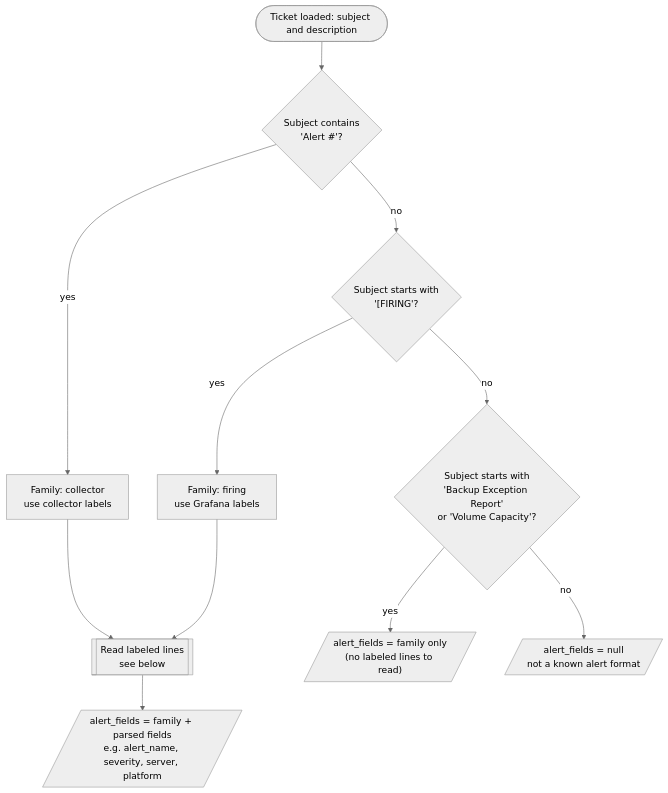
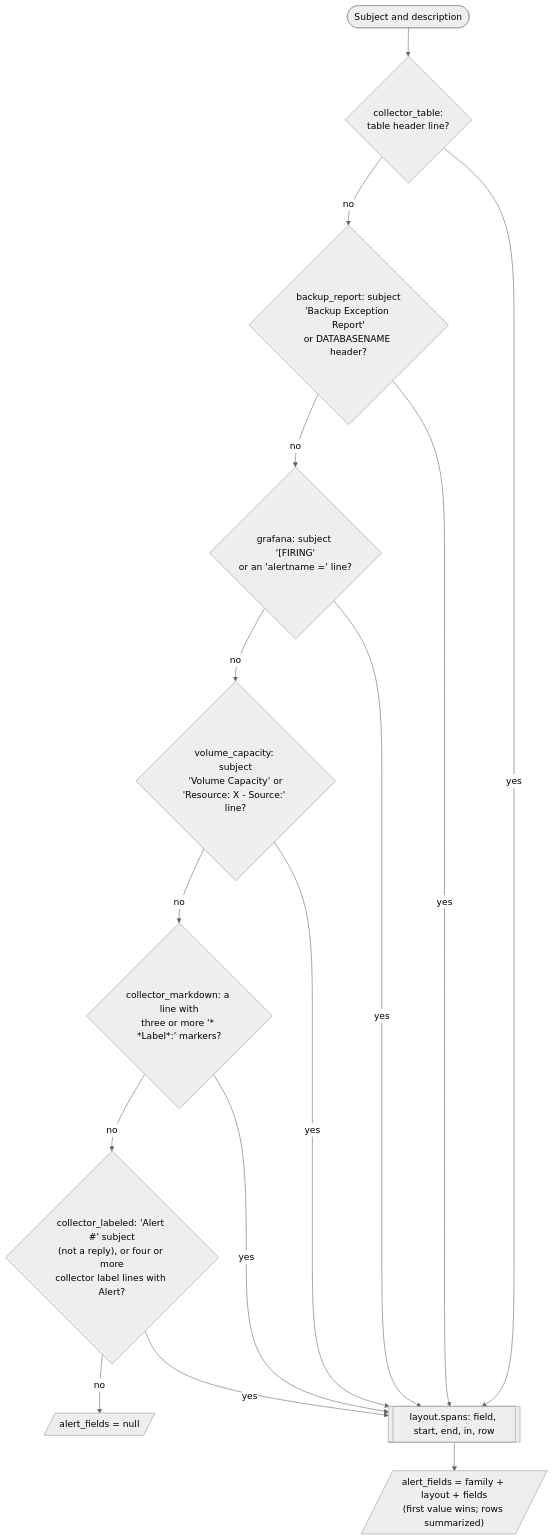
Before and after one commit to fd-rvingris/TicketNLP_API: the first of 2 diagrams in docs/alert-parser.md, drawn with Mermaid (neutral theme). The commit also changed other lines of this file and 12 other files, not shown here.

First line of the commit message:
Parse every alert layout through a registry and add an Alert types tab

````diff
--- a/docs/alert-parser.md
+++ b/docs/alert-parser.md
@@ -11,13 +19,12 @@
 ```mermaid
 flowchart TD
-    A([Ticket loaded: subject and description]) --> B{"Subject contains<br/>'Alert #'?"}
-    B -- yes --> C[Family: collector<br/>use collector labels]
-    B -- no --> D{"Subject starts with<br/>'[FIRING'?"}
-    D -- yes --> E[Family: firing<br/>use Grafana labels]
-    D -- no --> F{"Subject starts with<br/>'Backup Exception Report'<br/>or 'Volume Capacity'?"}
-    F -- yes --> G[/"alert_fields = family only<br/>(no labeled lines to read)"/]
-    F -- no --> H[/alert_fields = null<br/>not a known alert format/]
-    C --> P[[Read labeled lines<br/>see below]]
-    E --> P
-    P --> R[/"alert_fields = family + parsed fields<br/>e.g. alert_name, severity, server, platform"/]
+    A([Subject and description]) --> T{collector_table:<br/>table header line?}
+    T -- no --> B{"backup_report: subject<br/>'Backup Exception Report'<br/>or DATABASENAME header?"}
+    B -- no --> G{"grafana: subject '[FIRING'<br/>or an 'alertname =' line?"}
+    G -- no --> V{"volume_capacity: subject<br/>'Volume Capacity' or<br/>'Resource: X - Source:' line?"}
+    V -- no --> M{"collector_markdown: a line with<br/>three or more '* *Label*:' markers?"}
+    M -- no --> L{"collector_labeled: 'Alert #' subject<br/>(not a reply), or four or more<br/>collector label lines with Alert?"}
+    L -- no --> N[/alert_fields = null/]
+    T & B & G & V & M & L -- yes --> S[[layout.spans: field, start, end, in, row]]
+    S --> F[/"alert_fields = family + layout + fields<br/>(first value wins; rows summarized)"/]
 ```
````
